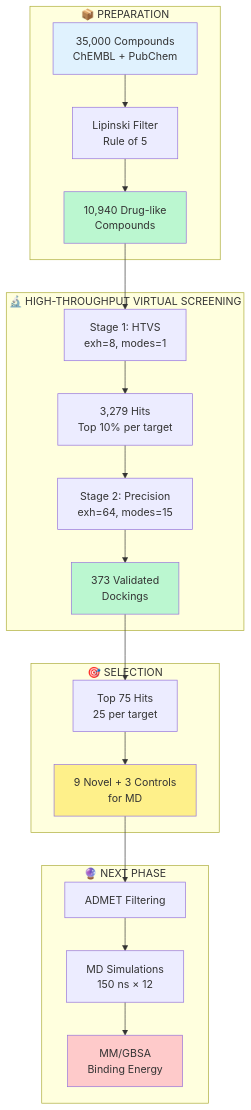
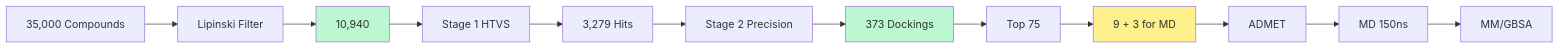
One commit to Ayush75-code/GPR55-Antagonist-Discovery changed the diagram in README.md. Above: the diagram before and after it, drawn with Mermaid. The commit also changed other lines of this file, not shown here.

Commit message:
style: Simplify pipeline workflow diagram to horizontal layout

````diff
--- a/README.md
+++ b/README.md
@@ -26,31 +26,12 @@
 ```mermaid
-flowchart TD
-    subgraph PREP["📦 PREPARATION"]
-        A[35,000 Compounds<br/>ChEMBL + PubChem] --> B[Lipinski Filter<br/>Rule of 5]
-        B --> C[10,940 Drug-like<br/>Compounds]
-    end
+flowchart LR
+    A[35,000 Compounds] --> B[Lipinski Filter] --> C[10,940]
+    C --> D[Stage 1 HTVS] --> E[3,279 Hits]
+    E --> F[Stage 2 Precision] --> G[373 Dockings]
+    G --> H[Top 75] --> I[9 + 3 for MD]
+    I --> J[ADMET] --> K[MD 150ns] --> L[MM/GBSA]
     
-    subgraph HTVS["🔬 HIGH-THROUGHPUT VIRTUAL SCREENING"]
-        C --> D[Stage 1: HTVS<br/>exh=8, modes=1]
-        D --> E[3,279 Hits<br/>Top 10% per target]
-        E --> F[Stage 2: Precision<br/>exh=64, modes=15]
-        F --> G[373 Validated<br/>Dockings]
-    end
-    
-    subgraph SELECT["🎯 SELECTION"]
-        G --> H[Top 75 Hits<br/>25 per target]
-        H --> I[9 Novel + 3 Controls<br/>for MD]
-    end
-    
-    subgraph NEXT["🔮 NEXT PHASE"]
-        I --> J[ADMET Filtering]
-        J --> K[MD Simulations<br/>150 ns × 12]
-        K --> L[MM/GBSA<br/>Binding Energy]
-    end
-    
-    style A fill:#e0f2fe
     style C fill:#bbf7d0
     style G fill:#bbf7d0
     style I fill:#fef08a
-    style L fill:#fecaca
 ```
````
